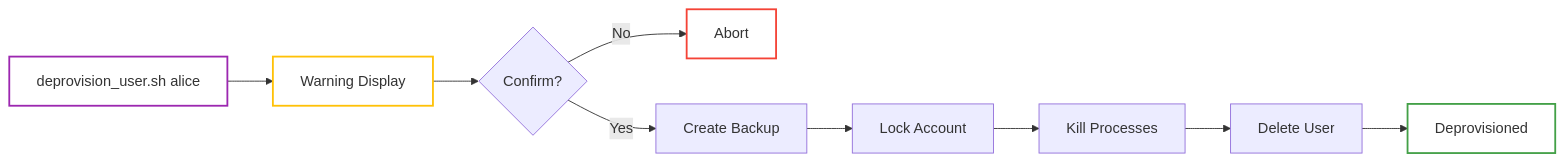
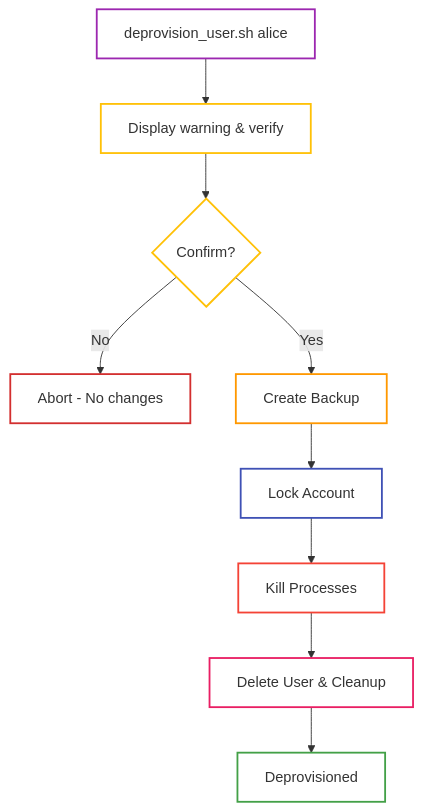
One commit to aaronwittchen/Automated-Storage-Provisioning-Tool changed the seventh of 7 diagrams in docs/architecture.md. Above: the diagram before and after it, drawn with Mermaid. The commit also changed other lines of this file, not shown here.

First line of the commit message:
Refactor architecture documentation for clarity

````diff
--- a/docs/architecture.md
+++ b/docs/architecture.md
@@ -364,16 +308,21 @@
 ```mermaid
-graph LR
-    A["deprovision_user.sh alice"] --> B["Warning Display"]
+graph TD
+    A["deprovision_user.sh alice"] --> B["Display warning & verify"]
     B --> C{Confirm?}
-    C -->|No| D["Abort"]
+    C -->|No| D["Abort - No changes"]
     C -->|Yes| E["Create Backup"]
     E --> F["Lock Account"]
     F --> G["Kill Processes"]
-    G --> H["Delete User"]
+    G --> H["Delete User & Cleanup"]
     H --> I["Deprovisioned"]
     
     style A stroke:#9c27b0,stroke-width:2px,fill:none
     style B stroke:#ffc107,stroke-width:2px,fill:none
+    style C stroke:#ffc107,stroke-width:2px,fill:none
+    style E stroke:#ff9800,stroke-width:2px,fill:none
+    style F stroke:#3f51b5,stroke-width:2px,fill:none
+    style G stroke:#f44336,stroke-width:2px,fill:none
+    style H stroke:#e91e63,stroke-width:2px,fill:none
     style I stroke:#43a047,stroke-width:2px,fill:none
-    style D stroke:#f44336,stroke-width:2px,fill:none
+    style D stroke:#d32f2f,stroke-width:2px,fill:none
 ```
````
